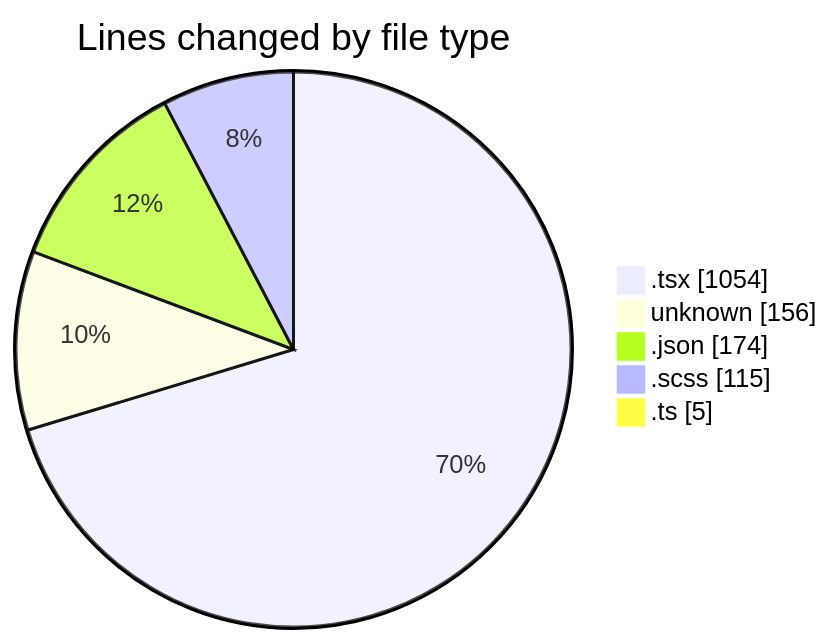
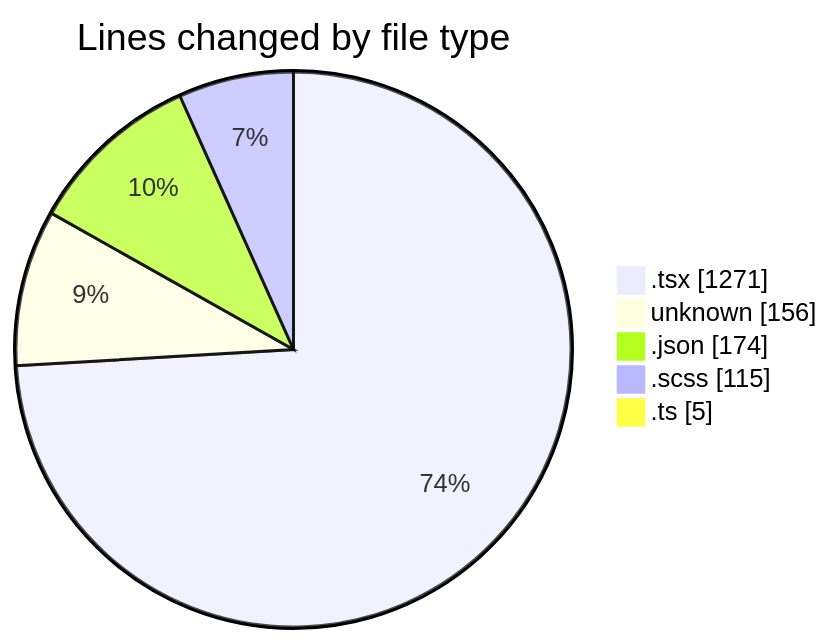
Before and after one commit to momahboobian/code-tracking: the first of 2 diagrams in 2026-09-28/cda/README.md, drawn with Mermaid. The commit also changed other lines of this file and 1 other file, not shown here.

````diff
--- a/2026-09-28/cda/README.md
+++ b/2026-09-28/cda/README.md
@@ -29,9 +30,9 @@
 ```mermaid
 pie showData
 title Lines changed by file type
-".tsx" : 1054
+".tsx" : 1271
 "unknown" : 156
 ".json" : 174
 ".scss" : 115
 ".ts" : 5
 ```
````
